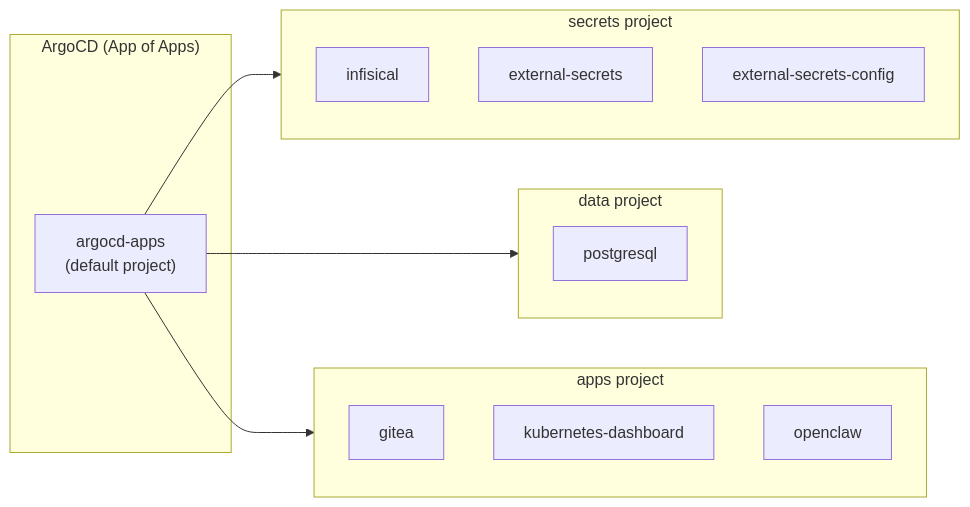
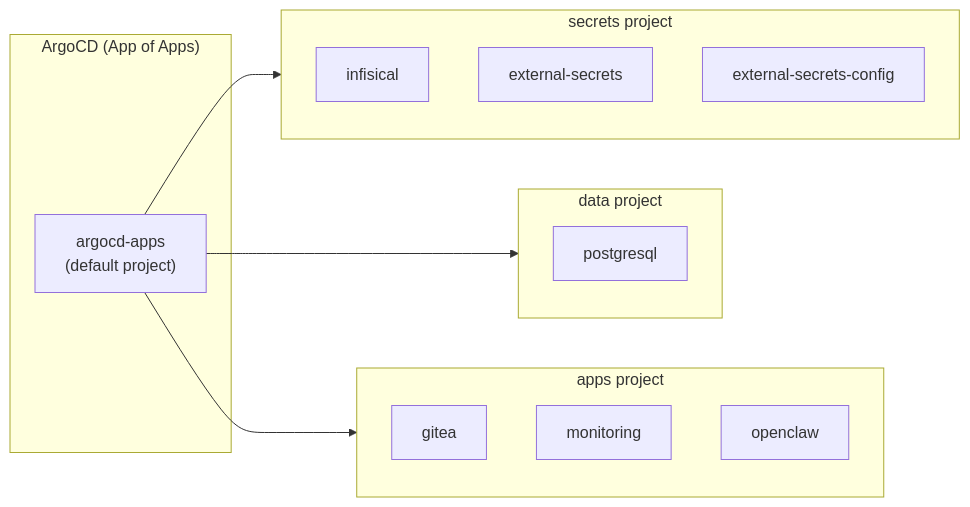
The second of 4 diagrams in docs/openclaw.md (haingth77/homelab), drawn with Mermaid before and after one commit. The commit also changed 6 other files, not shown here.

First line of the commit message:
docs: update all references from kubernetes-dashboard to monitoring

````diff
--- a/docs/openclaw.md
+++ b/docs/openclaw.md
@@ -55,26 +55,26 @@
 ```mermaid
 flowchart LR
     subgraph argocd["ArgoCD (App of Apps)"]
         RootApp["argocd-apps\n(default project)"]
     end
 
     subgraph secretsProj["secrets project"]
         Infisical["infisical"]
         ESO["external-secrets"]
         ESOConfig["external-secrets-config"]
     end
 
     subgraph dataProj["data project"]
         PG["postgresql"]
     end
 
     subgraph appsProj["apps project"]
         Gitea["gitea"]
-        Dash["kubernetes-dashboard"]
+        Mon["monitoring"]
         OC["openclaw"]
     end
 
     RootApp --> secretsProj
     RootApp --> dataProj
     RootApp --> appsProj
 ```
````
